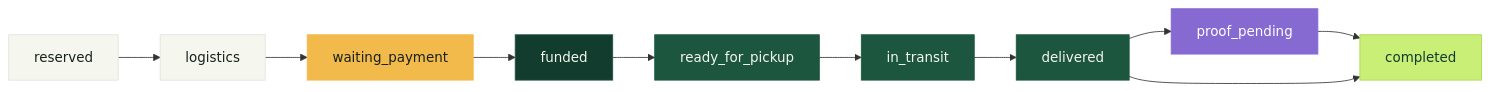
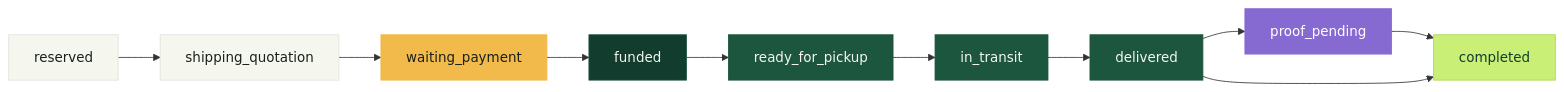
One commit to manuabigsz/FoodRescue changed the diagram in README.md. Above: the diagram before and after it, drawn with Mermaid. The commit also changed other lines of this file, not shown here.

````diff
--- a/README.md
+++ b/README.md
@@ -61,22 +55,22 @@
 ```mermaid
 flowchart LR
-    A[reserved] --> B[logistics]
+    A[reserved] --> B[shipping_quotation]
     B --> C[waiting_payment]
     C --> D[funded]
     D --> E[ready_for_pickup]
     E --> F[in_transit]
     F --> G[delivered]
     G --> H[proof_pending]
     H --> I[completed]
     G --> I
 
     style A fill:#f5f7ef,stroke:#dce4dc,color:#17211d
     style B fill:#f5f7ef,stroke:#dce4dc,color:#17211d
     style C fill:#f2b94b,stroke:#f2b94b,color:#17211d
     style D fill:#123c2d,stroke:#1c563f,color:#f5f7ef
     style E fill:#1c563f,stroke:#1c563f,color:#f5f7ef
     style F fill:#1c563f,stroke:#1c563f,color:#f5f7ef
     style G fill:#1c563f,stroke:#1c563f,color:#f5f7ef
     style H fill:#8769d2,stroke:#8769d2,color:#ffffff
     style I fill:#c9ef77,stroke:#a8d950,color:#123c2d
 ```
````
